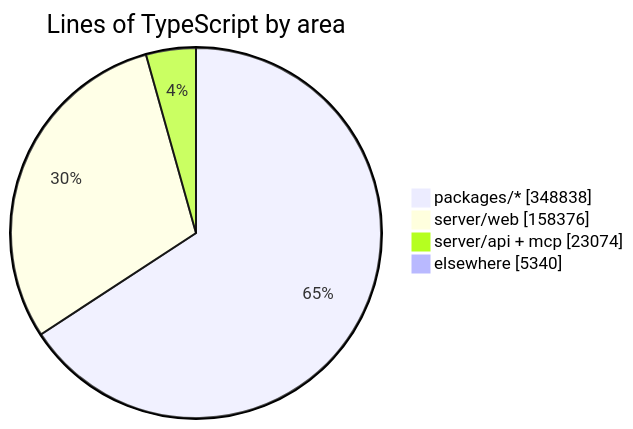
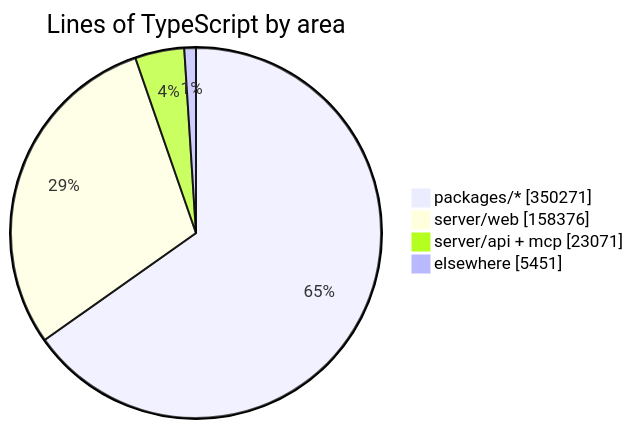
One commit to crossworks-engineering/mantle changed the diagram in README.md. Above: the diagram before and after it, drawn with Mermaid. The commit also changed other lines of this file and 2 other files, not shown here.

````diff
--- a/README.md
+++ b/README.md
@@ -294,7 +294,7 @@
 ```mermaid
 pie showData title Lines of TypeScript by area
-    "packages/*" : 348838
+    "packages/*" : 350271
     "server/web" : 158376
-    "server/api + mcp" : 23074
-    "elsewhere" : 5340
+    "server/api + mcp" : 23071
+    "elsewhere" : 5451
 ```
````
